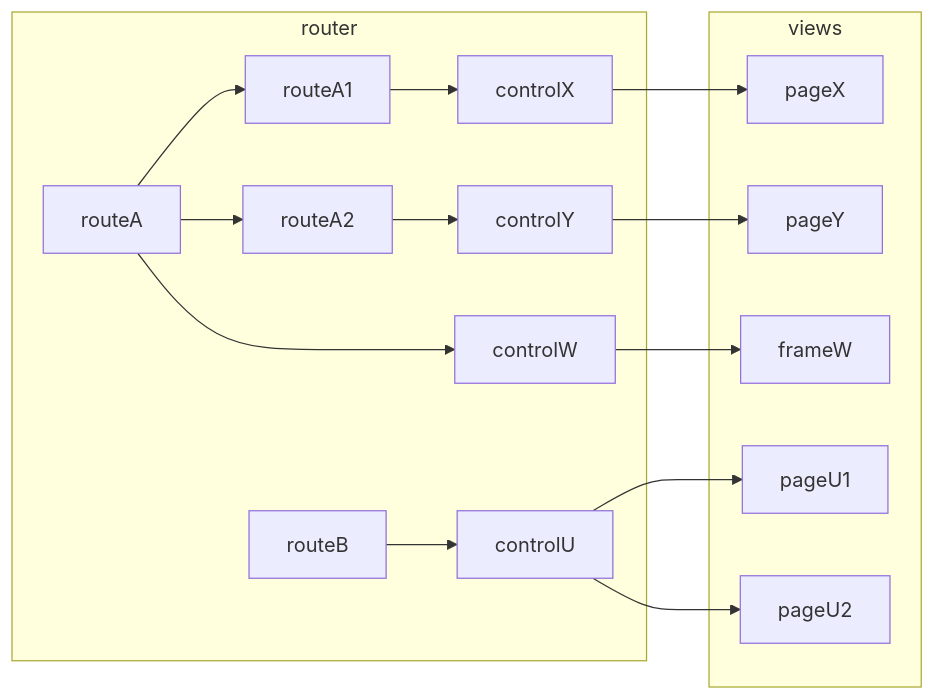
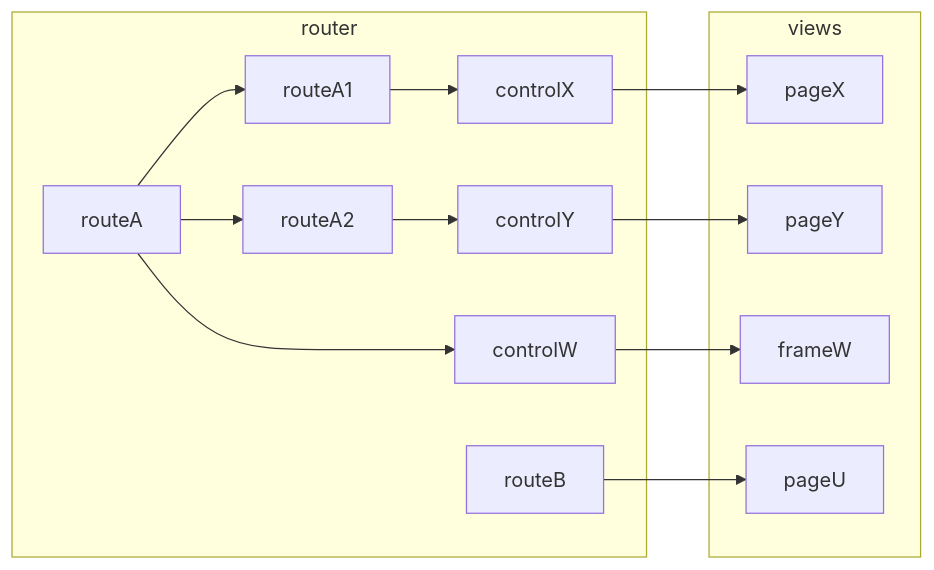
The second of 3 diagrams in README.md (joaomelo/calystone), drawn with Mermaid before and after one commit. The commit also changed other lines of this file and 15 other files, not shown here.

````diff
--- a/README.md
+++ b/README.md
@@ -36,21 +36,19 @@
 ```mermaid
 graph LR;
   subgraph router
     routeA --> controlW;
     routeA --> routeA1 --> controlX;
     routeA --> routeA2 --> controlY;
-    routeB --> controlU;
+    routeB
   end
   subgraph views
     pageX;
     pageY;
     frameW;
-    pageU1;
-    pageU2;
+    pageU;
   end
   controlW --> frameW;
   controlX --> pageX;
   controlY --> pageY;
-  controlU --> pageU1;
-  controlU --> pageU2;
+  routeB --> pageU
 ```
````
